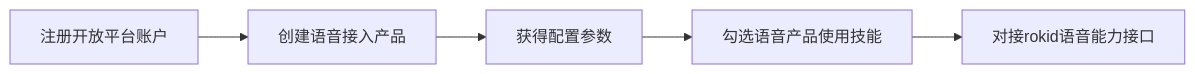
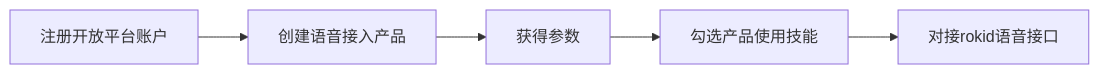
One commit to rokid/docs changed the diagram in 5-enableVoice/rokid-vsvy-sdk-docs/rookie-guide/rokidspeech.md. Above: the diagram before and after it, drawn with Mermaid. The commit also changed 3 other files, not shown here.

````diff
--- a/5-enableVoice/rokid-vsvy-sdk-docs/rookie-guide/rokidspeech.md
+++ b/5-enableVoice/rokid-vsvy-sdk-docs/rookie-guide/rokidspeech.md
@@ -5,13 +5,13 @@
 ```mermaid
 graph LR;
   A[注册开放平台账户]
   B[创建语音接入产品]
-  C[获得配置参数]
-  D[勾选语音产品使用技能]
-  E[对接rokid语音能力接口]
+  C[获得参数]
+  D[勾选产品使用技能]
+  E[对接rokid语音接口]
 
   A --> B;
   B --> C;
   C --> D;
   D --> E;
 ```
````
